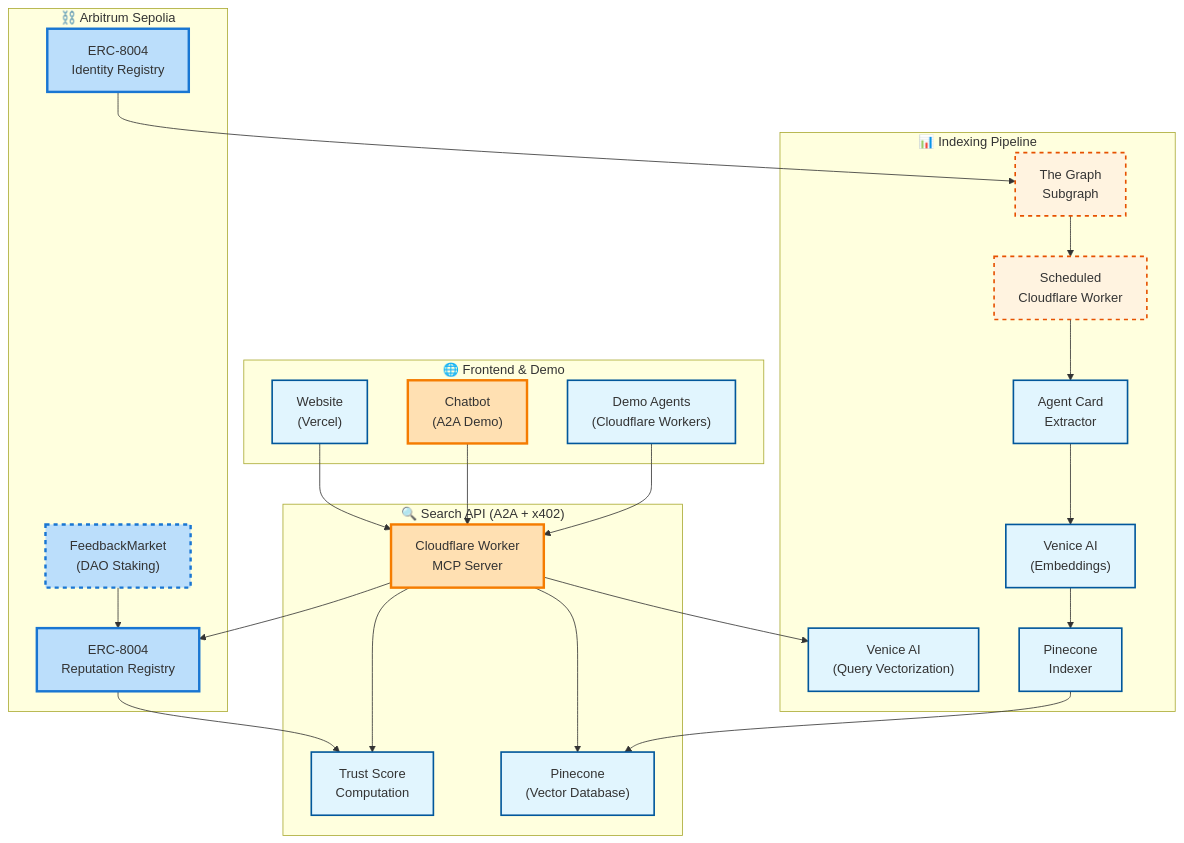
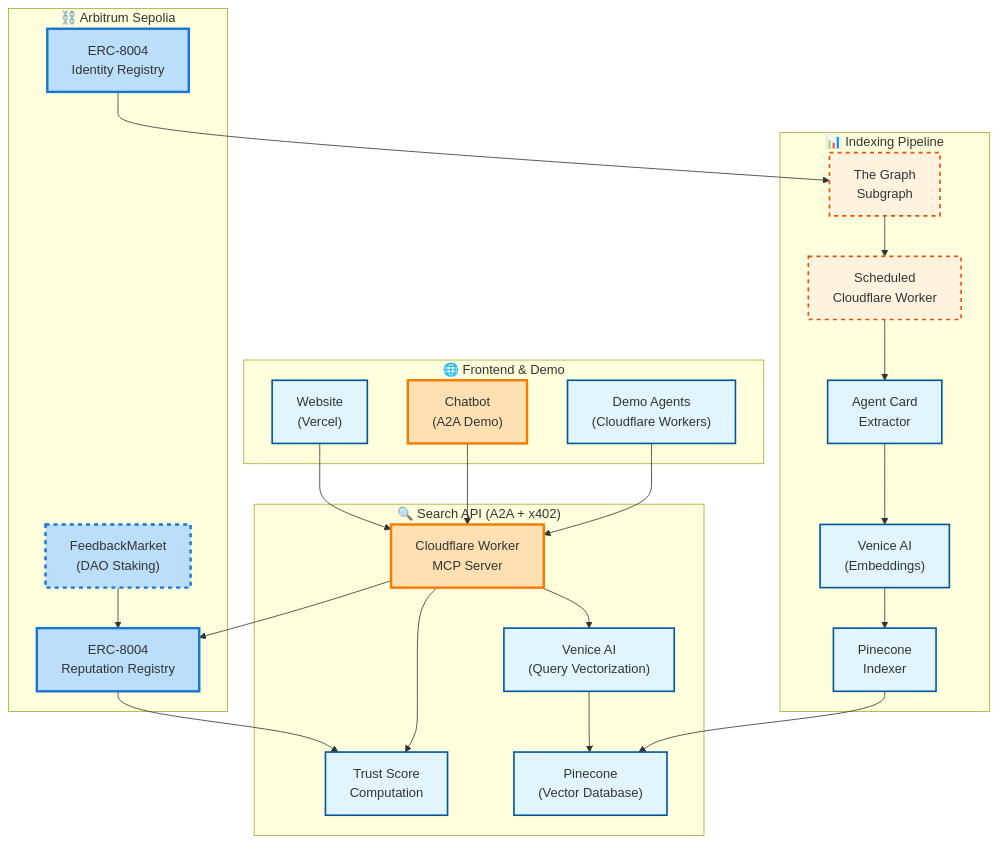
One commit to ojasarora77/encode-london2025 changed the diagram in README.md. Above: the diagram before and after it, drawn with Mermaid.

````diff
--- a/README.md
+++ b/README.md
@@ -37,67 +37,68 @@
 ``` mermaid
 graph TB
     %% Define styles
     classDef implemented fill:#e1f5fe,stroke:#01579b,stroke-width:2px
     classDef roadmap fill:#fff3e0,stroke:#e65100,stroke-width:2px,stroke-dasharray: 5 5
     classDef arbitrum fill:#bbdefb,stroke:#1976d2,stroke-width:3px
     classDef x402 fill:#c8e6c9,stroke:#388e3c,stroke-width:3px
     classDef a2a fill:#ffe0b2,stroke:#f57c00,stroke-width:3px
 
     %% Frontend Layer
     subgraph Frontend["🌐 Frontend & Demo"]
         Website["Website<br/>(Vercel)"]
         Chatbot["Chatbot<br/>(A2A Demo)"]
         DemoAgents["Demo Agents<br/>(Cloudflare Workers)"]
     end
 
     %% Search API Layer
     subgraph SearchAPI["🔍 Search API (A2A + x402)"]
         MCPWorker["Cloudflare Worker<br/>MCP Server"]
         Pinecone["Pinecone<br/>(Vector Database)"]
         TrustScore["Trust Score<br/>Computation"]
+        VeniceAI["Venice AI<br/>(Query Vectorization)"]
     end
 
     %% Indexing Pipeline
     subgraph Indexing["📊 Indexing Pipeline"]
         GraphSubgraph["The Graph<br/>Subgraph"]
         Scheduler["Scheduled<br/> Cloudflare Worker"]
         AgentExtractor["Agent Card<br/>Extractor"]
         EmbeddingService["Venice AI<br/>(Embeddings)"]
         VectorIndexer["Pinecone<br/>Indexer"]
-        VeniceAI["Venice AI<br/>(Query Vectorization)"]
     end
 
     %% Blockchain Layer
     subgraph Blockchain["⛓️ Arbitrum Sepolia"]
         ERC8004Identity["ERC-8004<br/>Identity Registry"]
         ERC8004Reputation["ERC-8004<br/>Reputation Registry"]
         FeedbackMarket["FeedbackMarket<br/>(DAO Staking)"]
     end
 
     %% Data Flows
     Website --> MCPWorker
     Chatbot --> MCPWorker
     DemoAgents --> MCPWorker
 
     MCPWorker --> VeniceAI
-    MCPWorker --> Pinecone
     MCPWorker --> TrustScore
     MCPWorker --> ERC8004Reputation
+    VeniceAI --> Pinecone
 
     GraphSubgraph --> Scheduler
     Scheduler --> AgentExtractor
     AgentExtractor --> EmbeddingService
     EmbeddingService --> VectorIndexer
     VectorIndexer --> Pinecone
 
     ERC8004Identity --> GraphSubgraph
     ERC8004Reputation --> TrustScore
     FeedbackMarket --> ERC8004Reputation
 
+
     %% Apply styles
     class Website,Chatbot,DemoAgents,MCPWorker,VeniceAI,Pinecone,TrustScore,AgentExtractor,EmbeddingService,VectorIndexer implemented
     class GraphSubgraph,Scheduler,FeedbackMarket roadmap
     class ERC8004Identity,ERC8004Reputation,FeedbackMarket arbitrum
     class MCPWorker x402
     class Chatbot,MCPWorker a2a
 ```
````
